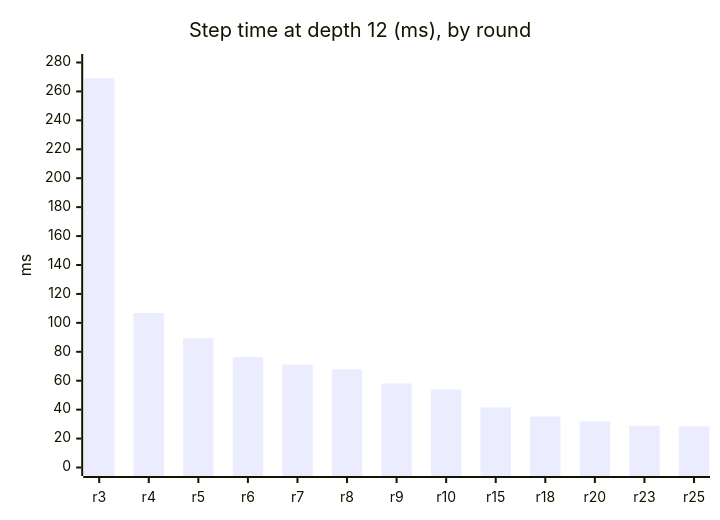
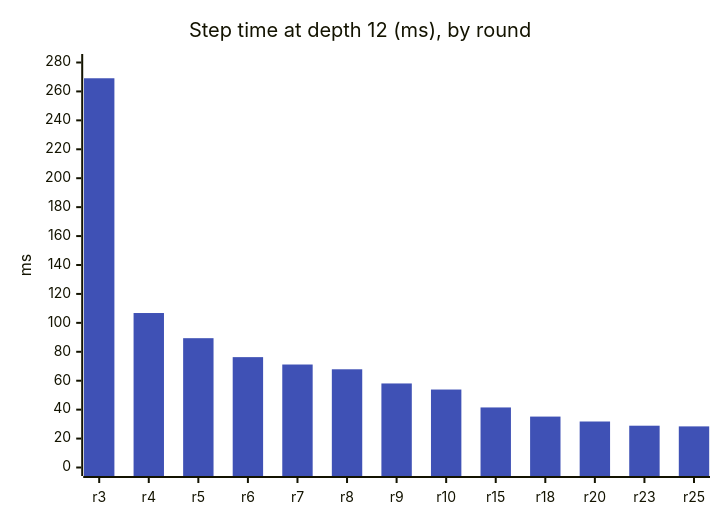
One commit to Guppy16/strix-halo-maxx changed the third of 3 diagrams in tapnext/book/step-design.md. Above: the diagram before and after it, drawn with Mermaid. The commit also changed 13 other files, not shown here.

First line of the commit message:
docs(book): chart colours, code widths, sourced why columns, moondream fps headline

````diff
--- a/tapnext/book/step-design.md
+++ b/tapnext/book/step-design.md
@@ -276,7 +276,8 @@
 ```mermaid
+%%{init: {"themeVariables": {"xyChart": {"plotColorPalette": "#3f51b5, #ff9800, #4caf50"}}}}%%
 xychart-beta
     title "Step time at depth 12 (ms), by round"
     x-axis [r3, r4, r5, r6, r7, r8, r9, r10, r15, r18, r20, r23, r25]
     y-axis "ms" 0 --> 280
     bar [269.1, 106.8, 89.4, 76.3, 71.2, 67.9, 58.1, 53.9, 41.52, 35.20, 31.8, 28.89, 28.42]
 ```
````
